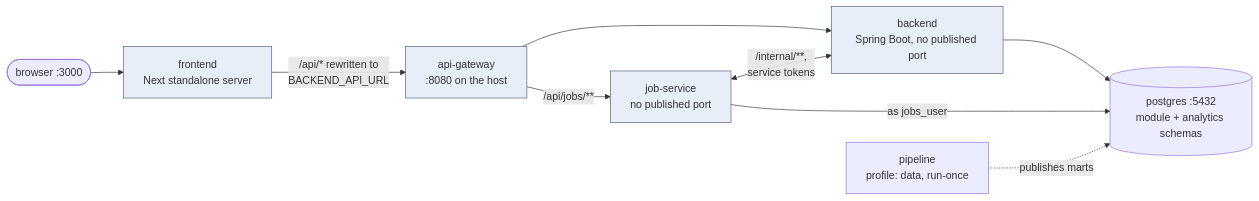
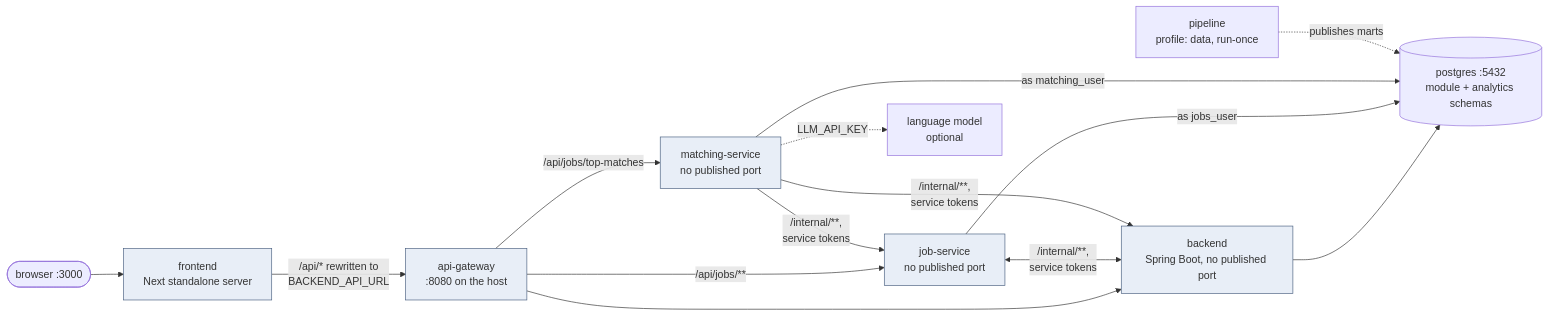
Before and after one commit to Yusuprozimemet/jobmatch-microservices: the diagram in backend/docs/configuration.md, drawn with Mermaid. The commit also changed other lines of this file and 10 other files, not shown here.

First line of the commit message:
Day 21 track F: the monolith drops matching's config, and job-service gets the RestClient rule

````diff
--- a/backend/docs/configuration.md
+++ b/backend/docs/configuration.md
@@ -49,14 +50,19 @@
 ```mermaid
 flowchart LR
     B(["browser :3000"]) --> FE["frontend<br/>Next standalone server"]
     FE -->|"/api/* rewritten to<br/>BACKEND_API_URL"| GW["api-gateway<br/>:8080 on the host"]
     GW --> BE["backend<br/>Spring Boot, no published port"]
     GW -->|"/api/jobs/**"| JS["job-service<br/>no published port"]
+    GW -->|"/api/jobs/top-matches"| MS["matching-service<br/>no published port"]
     JS <-->|"/internal/**,<br/>service tokens"| BE
+    MS -->|"/internal/**,<br/>service tokens"| BE
+    MS -->|"/internal/**,<br/>service tokens"| JS
+    MS -.->|"LLM_API_KEY"| LLM["language model<br/>optional"]
     BE --> DB[("postgres :5432<br/>module + analytics schemas")]
     JS -->|"as jobs_user"| DB
+    MS -->|"as matching_user"| DB
     PIPE["pipeline<br/>profile: data, run-once"] -.->|"publishes marts"| DB
 
     classDef s fill:#e8eef7,stroke:#4a6080
-    class FE,GW,BE,JS s
+    class FE,GW,BE,JS,MS s
 ```
````
